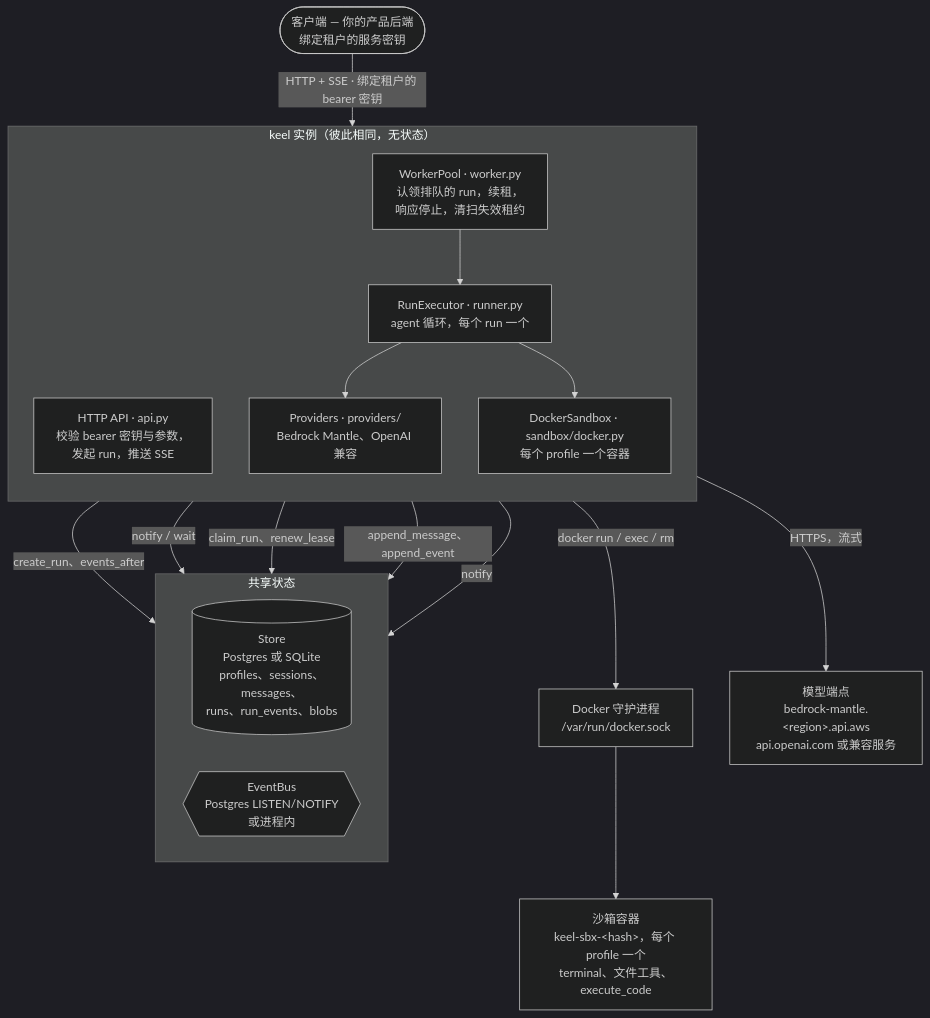
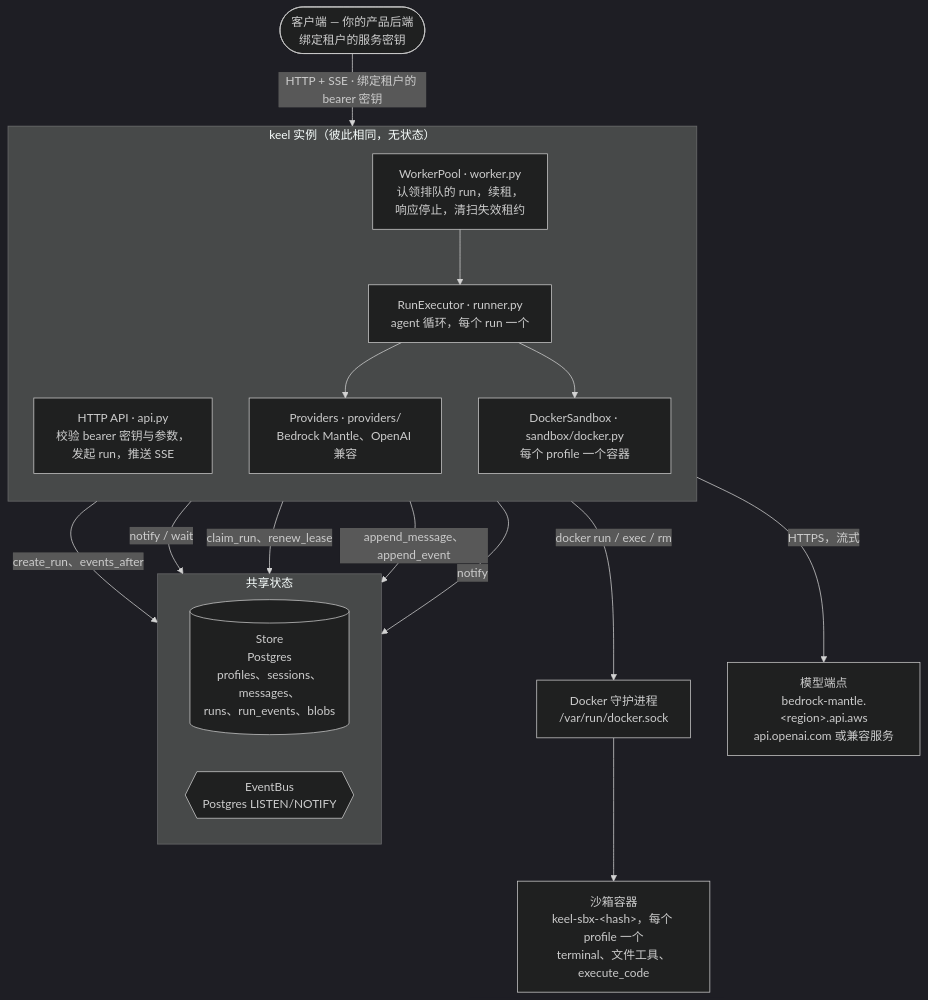
Before and after one commit to ryang420/agent-keel: the first of 9 diagrams in docs/architecture_zh.md, drawn with Mermaid (dark theme). The commit also changed other lines of this file and 50 other files, not shown here.

````diff
--- a/docs/architecture_zh.md
+++ b/docs/architecture_zh.md
@@ -17,36 +17,36 @@
 ```mermaid
 flowchart TB
     CL(["客户端 — 你的产品后端<br/>绑定租户的服务密钥"])
 
     subgraph inst["keel 实例（彼此相同，无状态）"]
         direction TB
         API["HTTP API · api.py<br/>校验 bearer 密钥与参数，<br/>发起 run，推送 SSE"]
         WP["WorkerPool · worker.py<br/>认领排队的 run，续租，<br/>响应停止，清扫失效租约"]
         EX["RunExecutor · runner.py<br/>agent 循环，每个 run 一个"]
         SB["DockerSandbox · sandbox/docker.py<br/>每个 profile 一个容器"]
         PR["Providers · providers/<br/>Bedrock Mantle、OpenAI 兼容"]
     end
 
     subgraph shared["共享状态"]
         direction LR
-        DB[("Store<br/>Postgres 或 SQLite<br/>profiles、sessions、messages、<br/>runs、run_events、blobs")]
-        BUS{{"EventBus<br/>Postgres LISTEN/NOTIFY<br/>或进程内"}}
+        DB[("Store<br/>Postgres<br/>profiles、sessions、messages、<br/>runs、run_events、blobs")]
+        BUS{{"EventBus<br/>Postgres LISTEN/NOTIFY"}}
     end
 
     DK["Docker 守护进程<br/>/var/run/docker.sock"]
     SBX["沙箱容器<br/>keel-sbx-&lt;hash&gt;，每个 profile 一个<br/>terminal、文件工具、execute_code"]
     LLM["模型端点<br/>bedrock-mantle.&lt;region&gt;.api.aws<br/>api.openai.com 或兼容服务"]
 
     CL -->|"HTTP + SSE · 绑定租户的 bearer 密钥"| API
     API -->|"create_run、events_after"| DB
     API -->|"notify / wait"| BUS
     WP -->|"claim_run、renew_lease"| DB
     WP --> EX
     EX -->|"append_message、append_event"| DB
     EX -->|"notify"| BUS
     EX --> PR
     EX --> SB
     PR -->|"HTTPS，流式"| LLM
     SB -->|"docker run / exec / rm"| DK
     DK --> SBX
 ```
````
